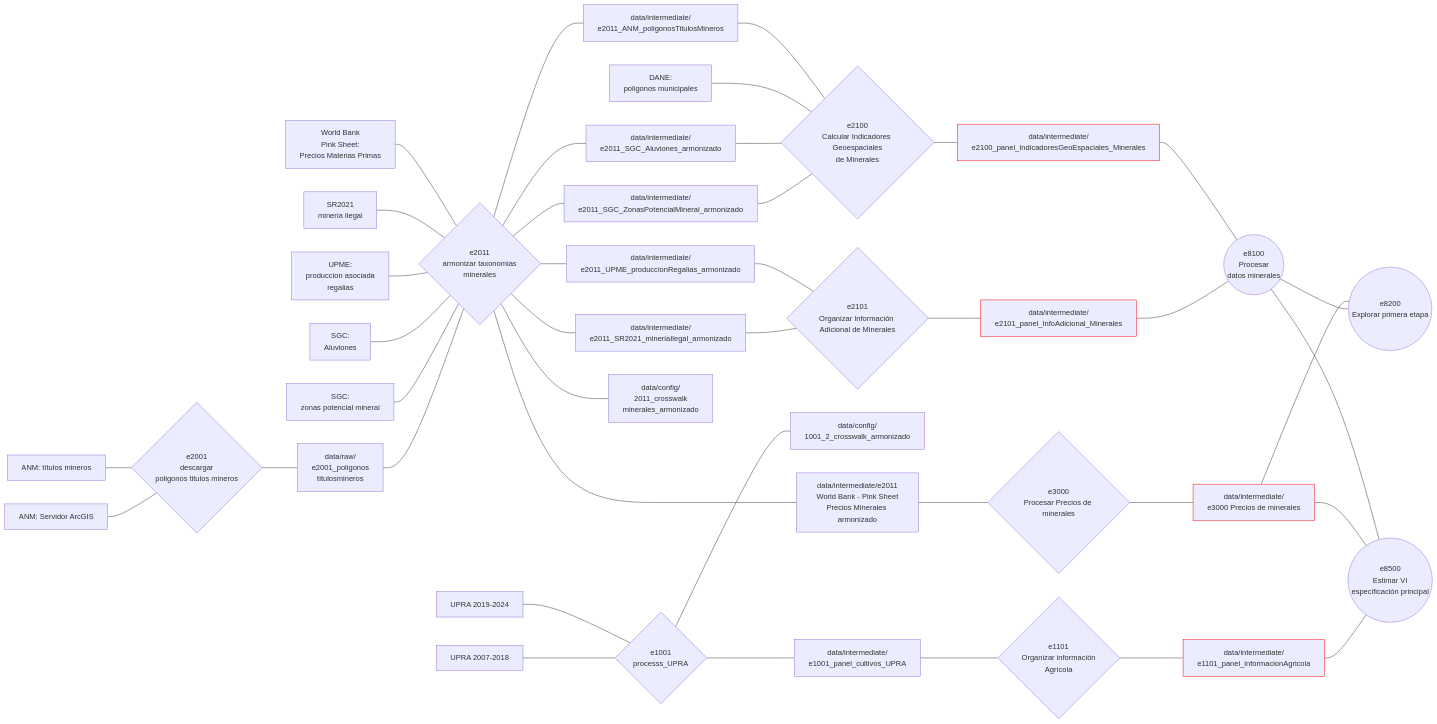
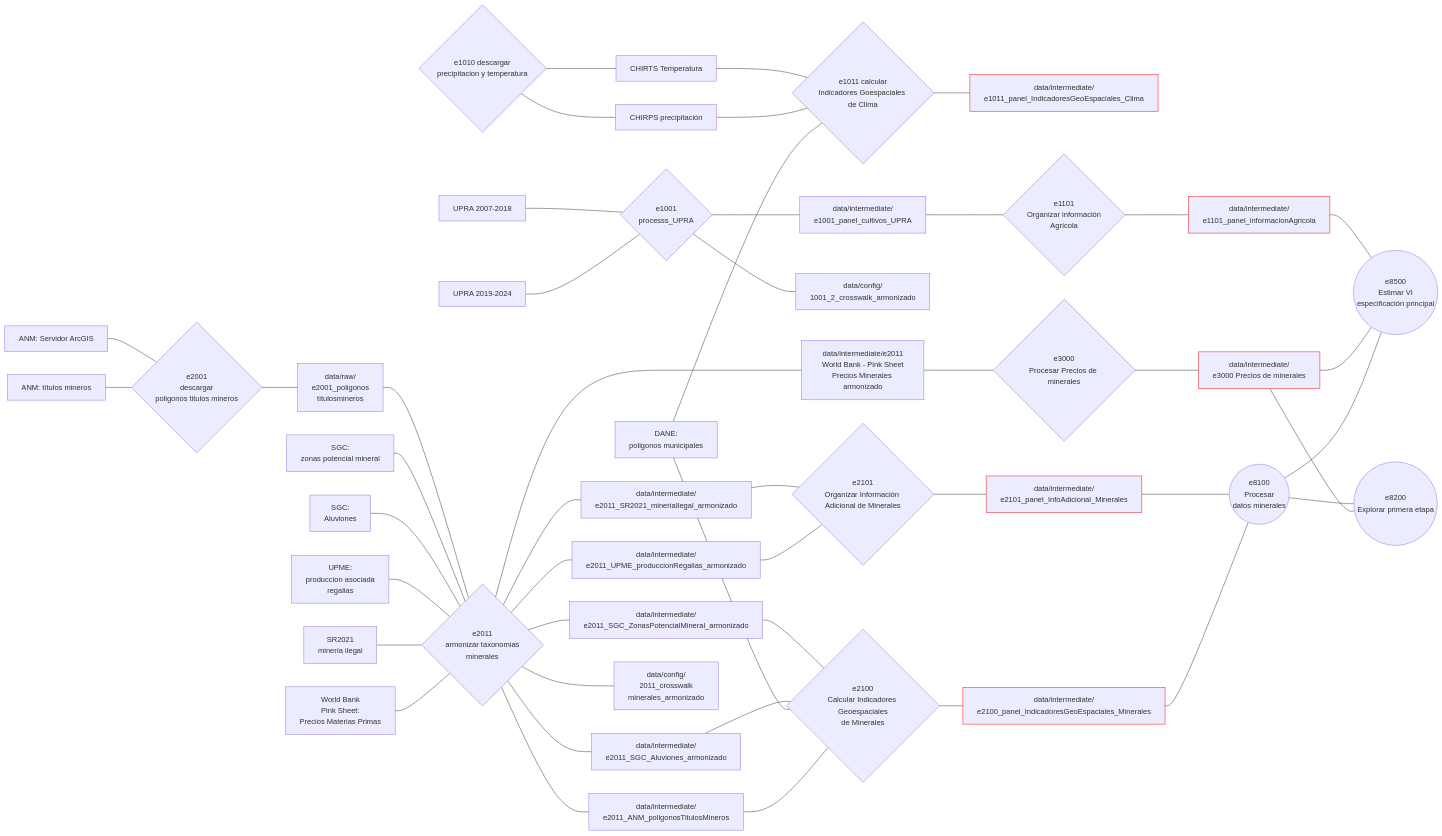
Before and after one commit to JC-AlfonsoR/PEG-mining-agriculture: the diagram in README.md, drawn with Mermaid. The commit also changed 1 other file, not shown here.

Commit message:
Agregar esquema de procesamiento de datos geoespaciales de clima

```diff
--- a/README.md
+++ b/README.md
@@ -32,6 +32,8 @@
 WB_pinkSheet_preciosMateriasPrimas[World Bank
 Pink Sheet:
 Precios Materias Primas]
+CHIRPS_precipitacion[CHIRPS precipitación]
+CHIRTS_temperatura[CHIRTS Temperatura]
 
 %% Bases de datos intermedias
 e2011_poligonos_titulosmineros_armonizado[data/intermediate/
@@ -55,6 +57,8 @@
 %% Bases de datos intermedias para STATA
 e1101_panel_informacion_agricola[data/intermediate/
 e1101_panel_informacionAgricola]:::base_para_stata
+e1011_panel_IndicadoresGeoEspaciales_Clima[data/intermediate/
+e1011_panel_IndicadoresGeoEspaciales_Clima]:::base_para_stata
 e2100_panel_IndicadoresGeoEspaciales_Minerales[data/intermediate/
 e2100_panel_IndicadoresGeoEspaciales_Minerales]:::base_para_stata
 e2101_panel_InfoAdicional_Minerales[data/intermediate/
@@ -71,15 +75,19 @@
 
 
 %% engines Python
+
 e1001_processs_UPRA{e1001
 processs_UPRA}
+
+e1010_descargar_precipitacion_temperatura{e1010 descargar
+precipitacion y temperatura}
+
+e1011_calcular_indicadoresGeoEspaciales_clima{e1011 calcular
+Indicadores Goespaciales de Clima}
 
 e1101_organizar_info_agricola{e1101
 Organizar información
 Agrícola}
-
-
-
 
 e2001_descargar_poligonostitulosmineros{e2001
 descargar
@@ -149,6 +157,13 @@
 e2011_poligonos_titulosmineros_armonizado---e2100_calcular_indicadoresGeoEspaciales_minerales
 e2100_calcular_indicadoresGeoEspaciales_minerales---e2100_panel_IndicadoresGeoEspaciales_Minerales
 
+%% Controles climáticos
+e1010_descargar_precipitacion_temperatura---CHIRPS_precipitacion
+e1010_descargar_precipitacion_temperatura---CHIRTS_temperatura
+CHIRTS_temperatura---e1011_calcular_indicadoresGeoEspaciales_clima
+CHIRPS_precipitacion---e1011_calcular_indicadoresGeoEspaciales_clima
+DANE_poligonos_municipales---e1011_calcular_indicadoresGeoEspaciales_clima
+e1011_calcular_indicadoresGeoEspaciales_clima---e1011_panel_IndicadoresGeoEspaciales_Clima
 
 %% Organizar información adicional de minerales
 e2011_SR2021_mineriaIlegal---e2101_organizar_informacionAdicional_minerales
```
